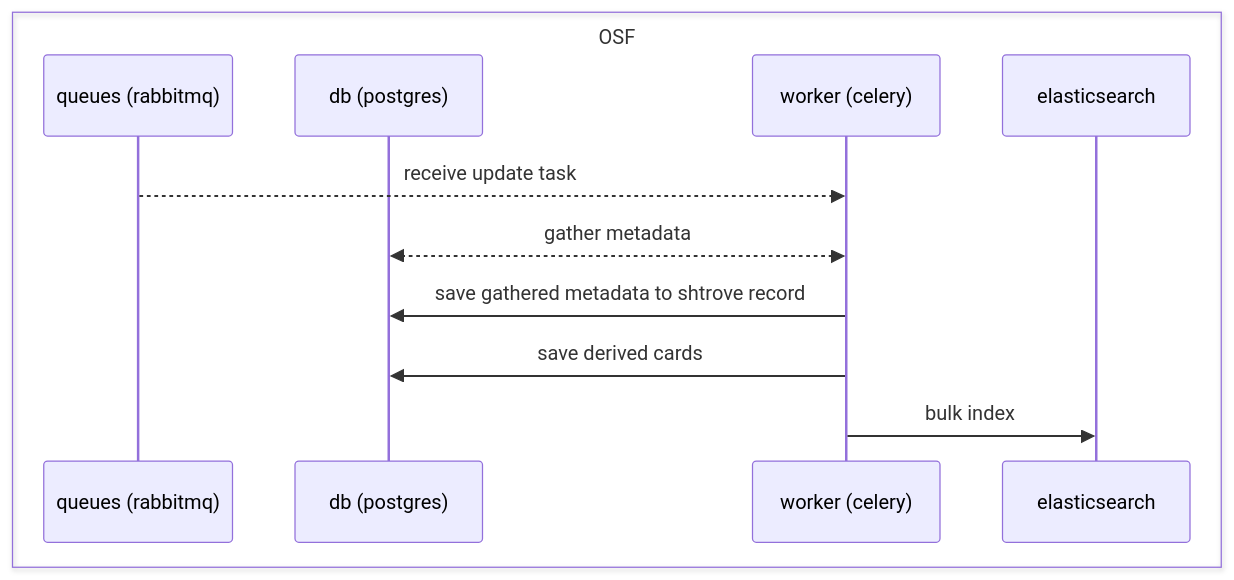
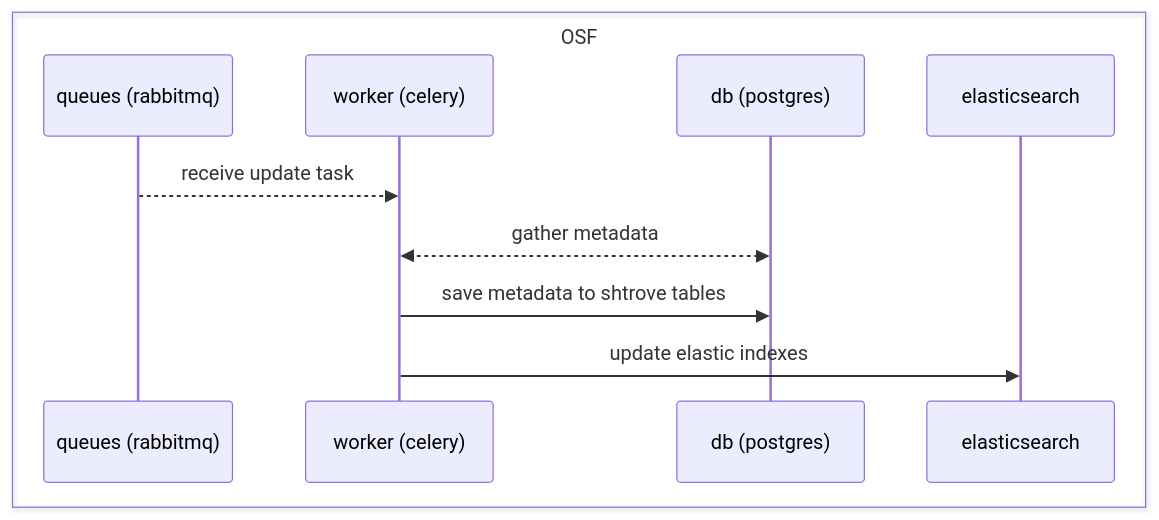
One commit to aaxelb/django-shtrove changed the third of 3 diagrams in _OSF_HYPOTHETICAL.md. Above: the diagram before and after it, drawn with Mermaid. The commit also changed other lines of this file, not shown here.

````diff
--- a/_OSF_HYPOTHETICAL.md
+++ b/_OSF_HYPOTHETICAL.md
@@ -68,14 +75,13 @@
 ```mermaid
 sequenceDiagram
     box OSF
     participant oq as queues (rabbitmq)
+    participant ow as worker (celery)
     participant od as db (postgres)
-    participant ow as worker (celery)
     participant se as elasticsearch
     end
     oq -->> ow: receive update task
     od <<-->> ow: gather metadata
-    ow ->> od: save gathered metadata to shtrove record
-    ow ->> od: save derived cards
-    ow ->> se: bulk index
+    ow ->> od: save metadata to shtrove tables
+    ow ->> se: update elastic indexes
 ```
````
